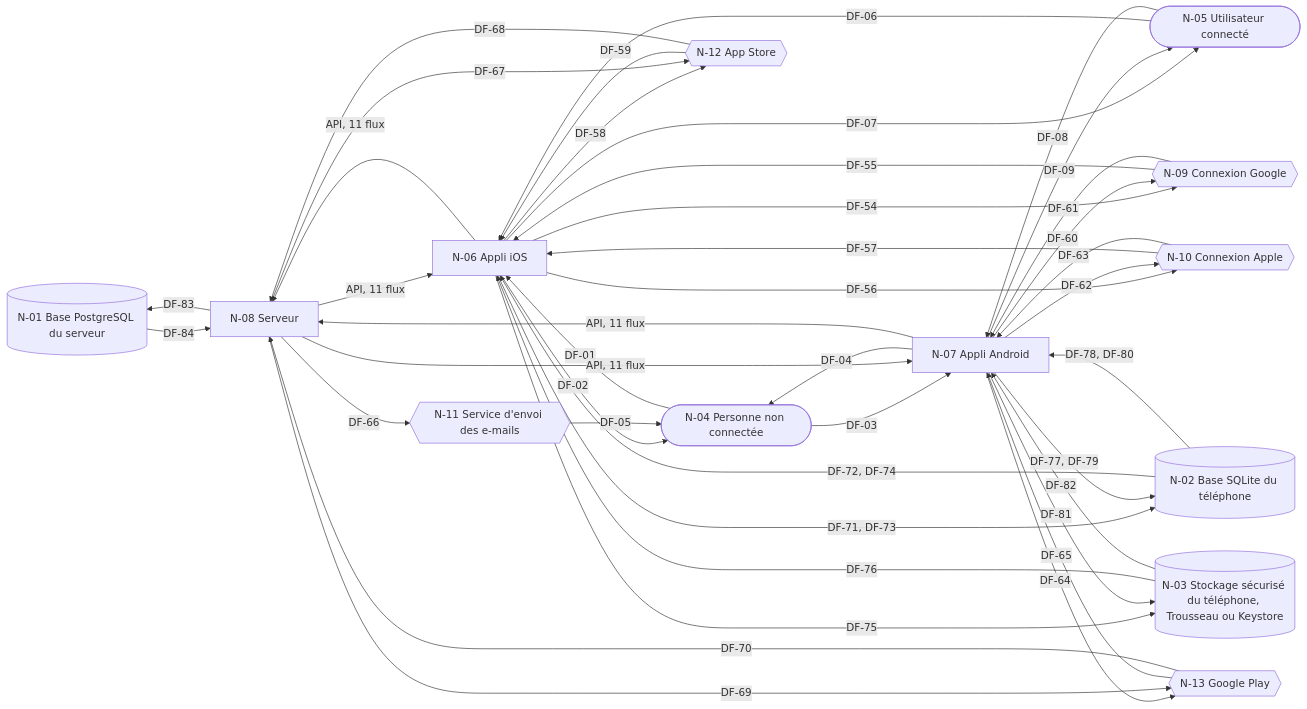
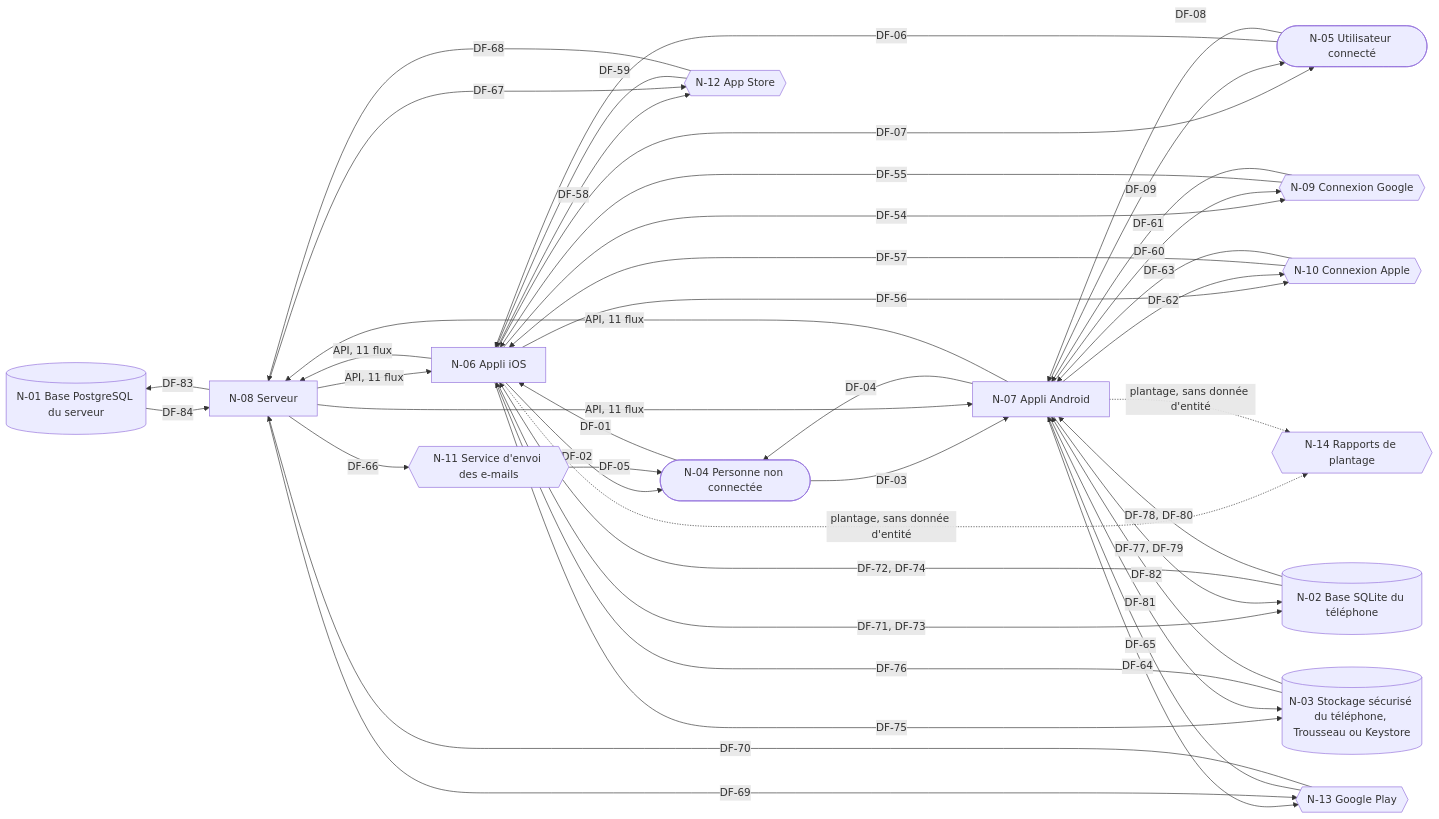
The tenth of 10 diagrams in claude_docs/conception-systeme.md (JeanPhilippeThai/fake_scrolling), drawn with Mermaid before and after one commit. The commit also changed other lines of this file and 6 other files, not shown here.

First line of the commit message:
Fix the check's findings on the data model and data flows; rebuild the list

````diff
--- a/claude_docs/conception-systeme.md
+++ b/claude_docs/conception-systeme.md
@@ -1797,56 +1798,59 @@
 ```mermaid
 flowchart LR
     N01[("N-01 Base PostgreSQL du serveur")]
     N02[("N-02 Base SQLite du téléphone")]
     N03[("N-03 Stockage sécurisé du téléphone, Trousseau ou Keystore")]
     N04(["N-04 Personne non connectée"])
     N05(["N-05 Utilisateur connecté"])
     N06["N-06 Appli iOS"]
     N07["N-07 Appli Android"]
     N08["N-08 Serveur"]
     N09{{"N-09 Connexion Google"}}
     N10{{"N-10 Connexion Apple"}}
     N11{{"N-11 Service d'envoi des e-mails"}}
     N12{{"N-12 App Store"}}
     N13{{"N-13 Google Play"}}
+    N14{{"N-14 Rapports de plantage"}}
     N04 -->|DF-01| N06
     N06 -->|DF-02| N04
     N04 -->|DF-03| N07
     N07 -->|DF-04| N04
     N11 -->|DF-05| N04
     N05 -->|DF-06| N06
     N06 -->|DF-07| N05
     N05 -->|DF-08| N07
     N07 -->|DF-09| N05
     N06 -->|API, 11 flux| N08
     N08 -->|API, 11 flux| N06
     N07 -->|API, 11 flux| N08
     N08 -->|API, 11 flux| N07
     N06 -->|DF-54| N09
     N09 -->|DF-55| N06
     N06 -->|DF-56| N10
     N10 -->|DF-57| N06
     N06 -->|DF-58| N12
     N12 -->|DF-59| N06
     N07 -->|DF-60| N09
     N09 -->|DF-61| N07
     N07 -->|DF-62| N10
     N10 -->|DF-63| N07
     N07 -->|DF-64| N13
     N13 -->|DF-65| N07
     N08 -->|DF-66| N11
     N08 -->|DF-67| N12
     N12 -->|DF-68| N08
     N08 -->|DF-69| N13
     N13 -->|DF-70| N08
     N06 -->|DF-71, DF-73| N02
     N02 -->|DF-72, DF-74| N06
     N06 -->|DF-75| N03
     N03 -->|DF-76| N06
     N07 -->|DF-77, DF-79| N02
     N02 -->|DF-78, DF-80| N07
     N07 -->|DF-81| N03
     N03 -->|DF-82| N07
     N08 -->|DF-83| N01
     N01 -->|DF-84| N08
+    N06 -.->|plantage, sans donnée d'entité| N14
+    N07 -.->|plantage, sans donnée d'entité| N14
 ```
````
